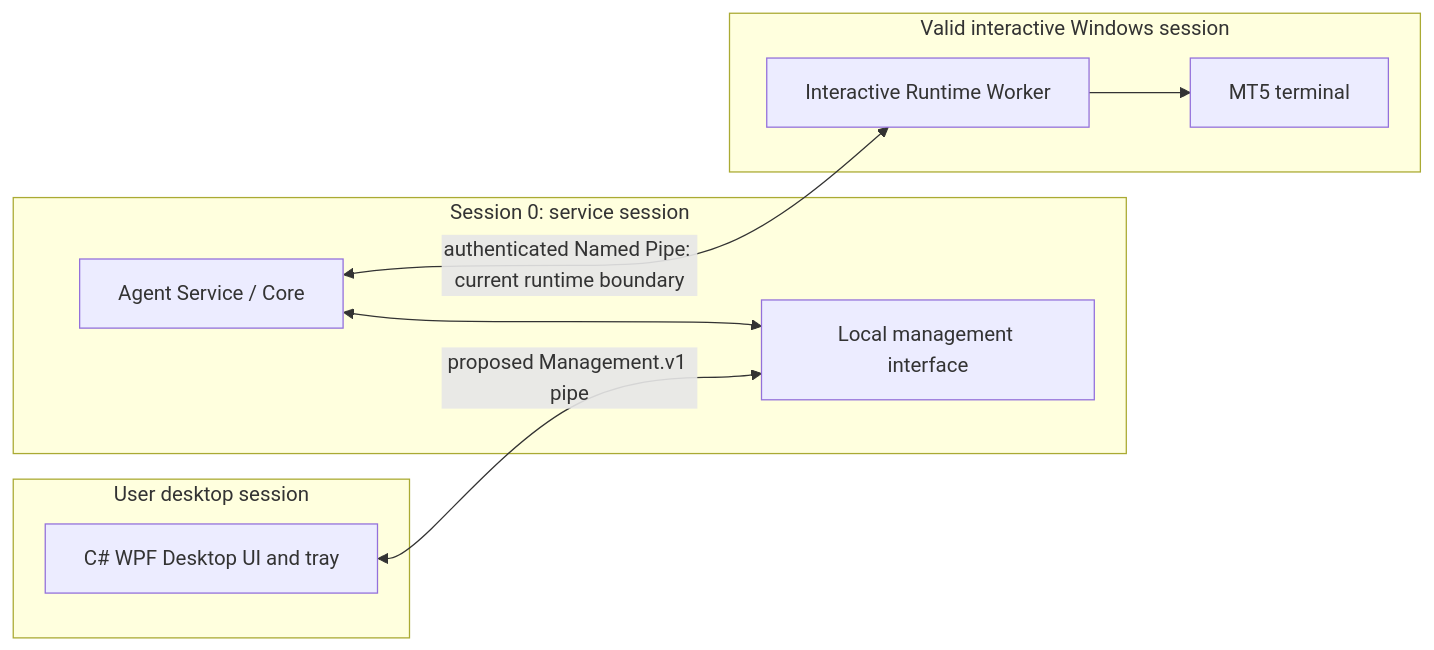
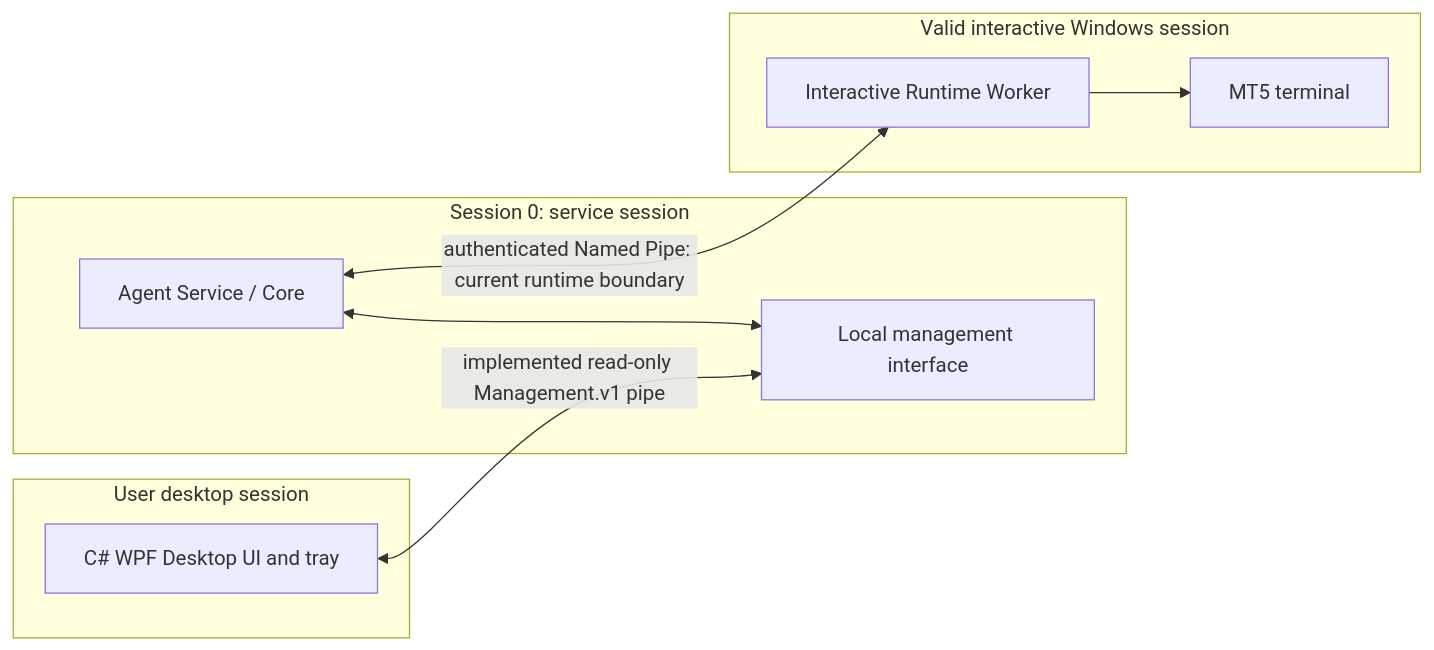
Before and after one commit to AmirrezaSobhi/agent: the first of 2 diagrams in docs/architecture/WINDOWS_RUNTIME.md, drawn with Mermaid. The commit also changed other lines of this file and 42 other files, not shown here.

Commit message:
feat(ipc): add secure read-only management pipe v1

````diff
--- a/docs/architecture/WINDOWS_RUNTIME.md
+++ b/docs/architecture/WINDOWS_RUNTIME.md
@@ -11,18 +11,18 @@
 ```mermaid
 flowchart LR
   subgraph S0[Session 0: service session]
     Service[Agent Service / Core]
     Local[Local management interface]
     Service <--> Local
   end
   subgraph Interactive[Valid interactive Windows session]
     Worker[Interactive Runtime Worker]
     Terminal[MT5 terminal]
     Worker --> Terminal
   end
   subgraph Desktop[User desktop session]
   UI[C# WPF Desktop UI and tray]
   end
   Service <-->|authenticated Named Pipe: current runtime boundary| Worker
-  UI <-->|proposed Management.v1 pipe| Local
+  UI <-->|implemented read-only Management.v1 pipe| Local
 ```
````
